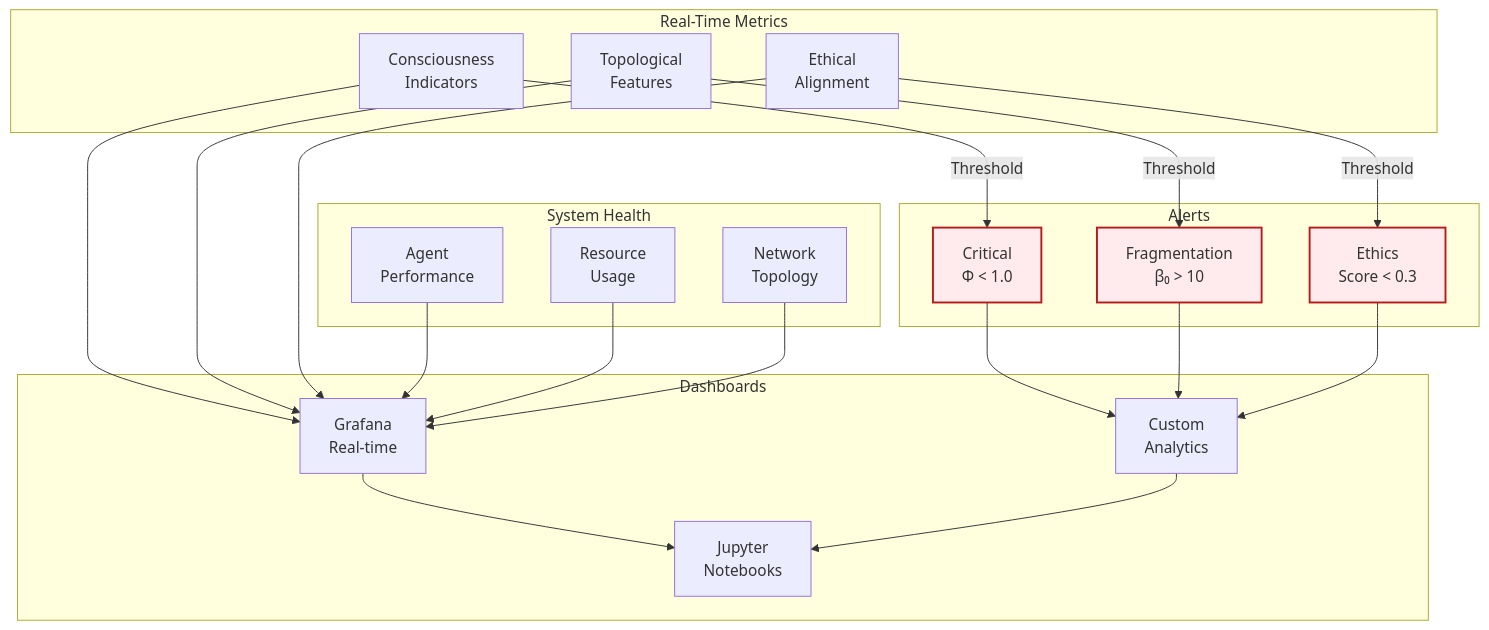
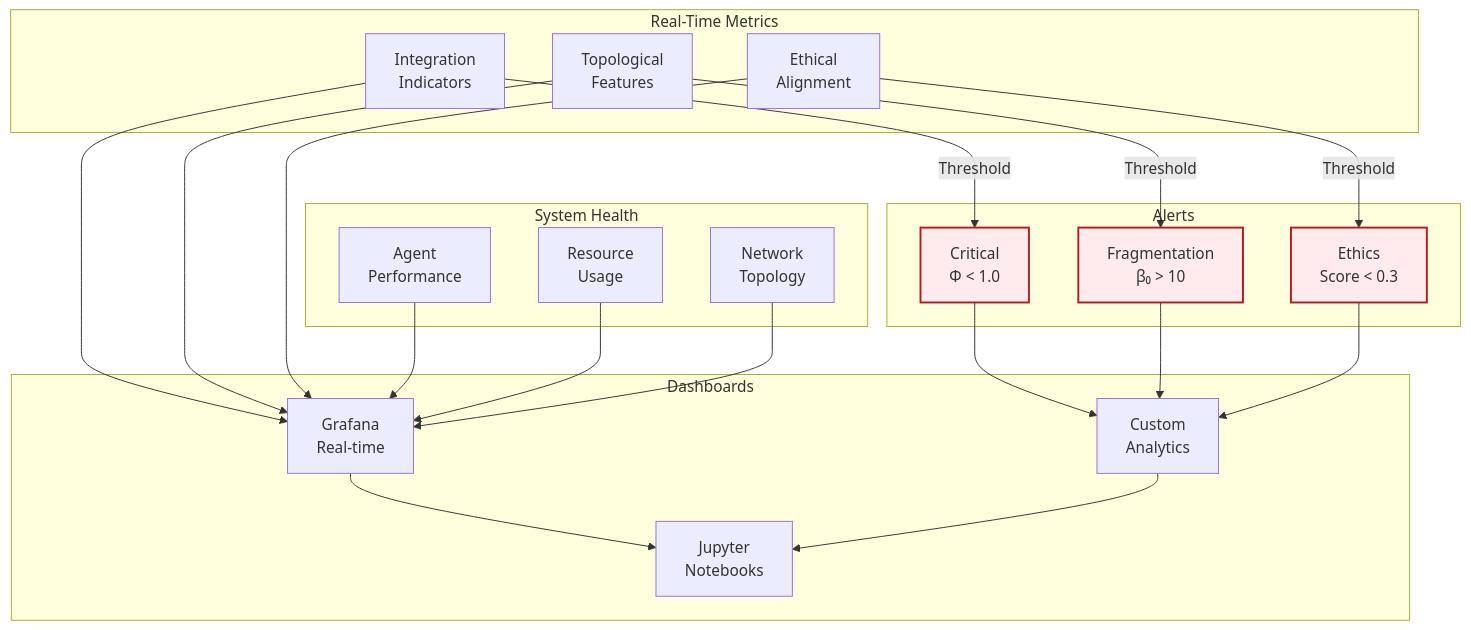
Before and after one commit to topstolenname/agisa_sac: diagram 29 of 39 in docs/Mindlink_Paper.md, drawn with Mermaid. The commit also changed other lines of this file and 19 other files, not shown here.

````diff
--- a/docs/Mindlink_Paper.md
+++ b/docs/Mindlink_Paper.md
@@ -2058,42 +2064,42 @@
 ```mermaid
 graph TB
     subgraph "Real-Time Metrics"
-        RTM1[Consciousness<br/>Indicators]
+        RTM1[Integration<br/>Indicators]
         RTM2[Topological<br/>Features]
         RTM3[Ethical<br/>Alignment]
     end
     
     subgraph "System Health"
         SH1[Agent<br/>Performance]
         SH2[Resource<br/>Usage]
         SH3[Network<br/>Topology]
     end
     
     subgraph "Alerts"
         AL1[Critical<br/>Φ < 1.0]
         AL2[Fragmentation<br/>β₀ > 10]
         AL3[Ethics<br/>Score < 0.3]
     end
     
     subgraph "Dashboards"
         DB1[Grafana<br/>Real-time]
         DB2[Custom<br/>Analytics]
         DB3[Jupyter<br/>Notebooks]
     end
     
     RTM1 & RTM2 & RTM3 --> DB1
     SH1 & SH2 & SH3 --> DB1
     
     RTM1 -->|Threshold| AL1
     RTM2 -->|Threshold| AL2
     RTM3 -->|Threshold| AL3
     
     AL1 & AL2 & AL3 --> DB2
     
     DB1 --> DB3
     DB2 --> DB3
     
     style AL1 fill:#ffebee,stroke:#b71c1c,stroke-width:2px
     style AL2 fill:#ffebee,stroke:#b71c1c,stroke-width:2px
     style AL3 fill:#ffebee,stroke:#b71c1c,stroke-width:2px
 ```
````
